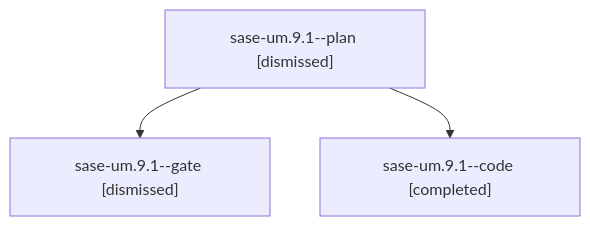
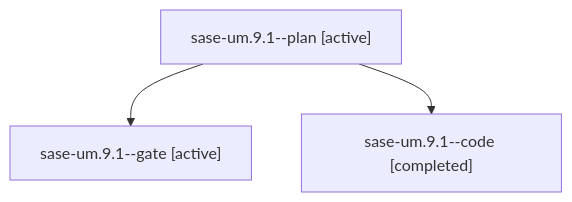
One commit to sase-org/sase--agents changed the diagram in families/bbugyi200.athena.sase-um.9.1.md. Above: the diagram before and after it, drawn with Mermaid. The commit also changed other lines of this file and 35830 other files, not shown here.

````diff
--- a/families/bbugyi200.athena.sase-um.9.1.md
+++ b/families/bbugyi200.athena.sase-um.9.1.md
@@ -9,8 +9,8 @@
 ```mermaid
 flowchart TD
-  n0["sase-um.9.1--plan [dismissed]"]
-  n1["sase-um.9.1--gate [dismissed]"]
+  n0["sase-um.9.1--plan [active]"]
+  n1["sase-um.9.1--gate [active]"]
   n0 --> n1
   n2["sase-um.9.1--code [completed]"]
   n0 --> n2
 ```
````
